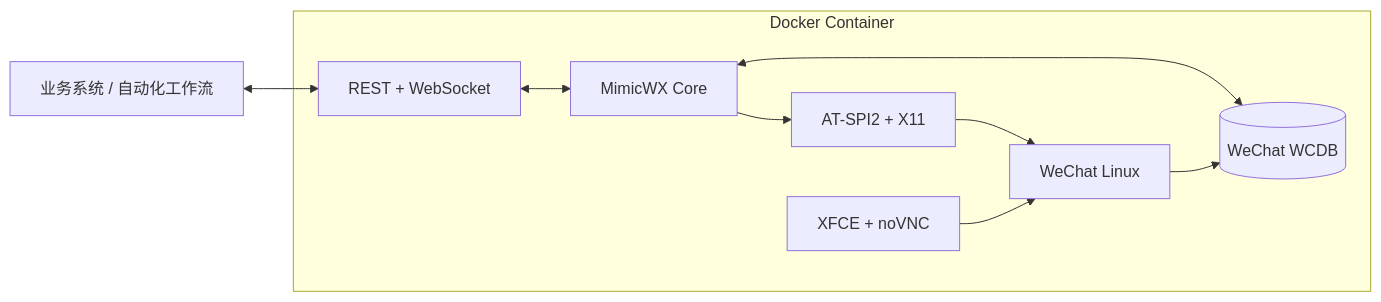
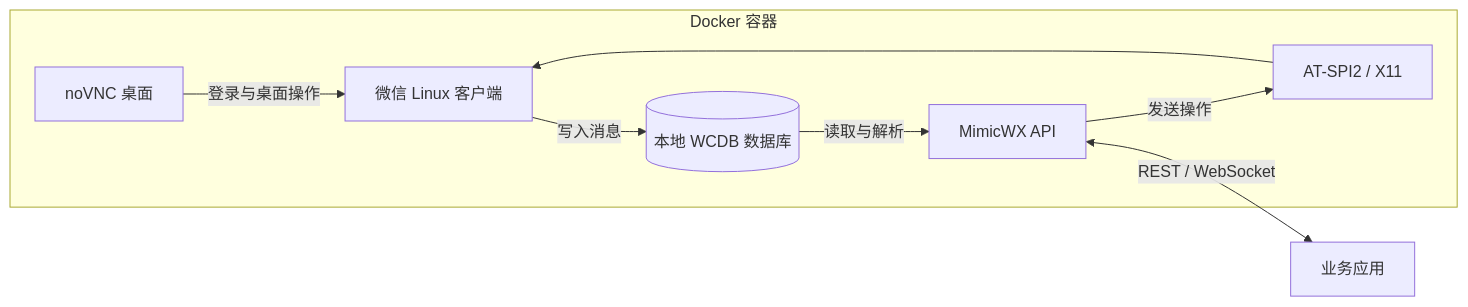
Before and after one commit to qianshulab/MimicWX-Linux: the diagram in README.md, drawn with Mermaid. The commit also changed other lines of this file and 13 other files, not shown here.

````diff
--- a/README.md
+++ b/README.md
@@ -68,20 +172,15 @@
 ```mermaid
 flowchart LR
-    Consumer[业务系统 / 自动化工作流]
-
-    subgraph Container[Docker Container]
-        API[REST + WebSocket]
-        Core[MimicWX Core]
-        DB[(WeChat WCDB)]
-        Driver[AT-SPI2 + X11]
-        WX[WeChat Linux]
-        Desktop[XFCE + noVNC]
+    subgraph Container["Docker 容器"]
+        WX["微信 Linux 客户端"]
+        DB[("本地 WCDB 数据库")]
+        Core["MimicWX API"]
+        Input["AT-SPI2 / X11"]
+        VNC["noVNC 桌面"]
+        WX -->|写入消息| DB
+        DB -->|读取与解析| Core
+        Core -->|发送操作| Input --> WX
+        VNC -->|登录与桌面操作| WX
     end
-
-    Consumer <--> API
-    API <--> Core
-    Core <--> DB
-    Core --> Driver --> WX
-    WX --> DB
-    Desktop --> WX
+    Core <-->|REST / WebSocket| App["业务应用"]
 ```
````
